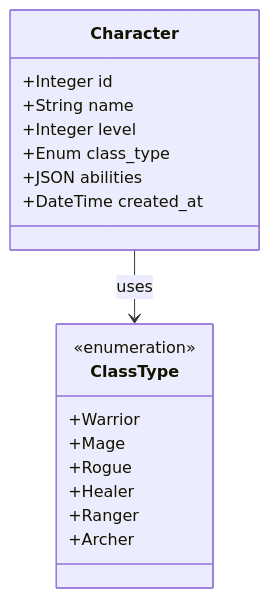
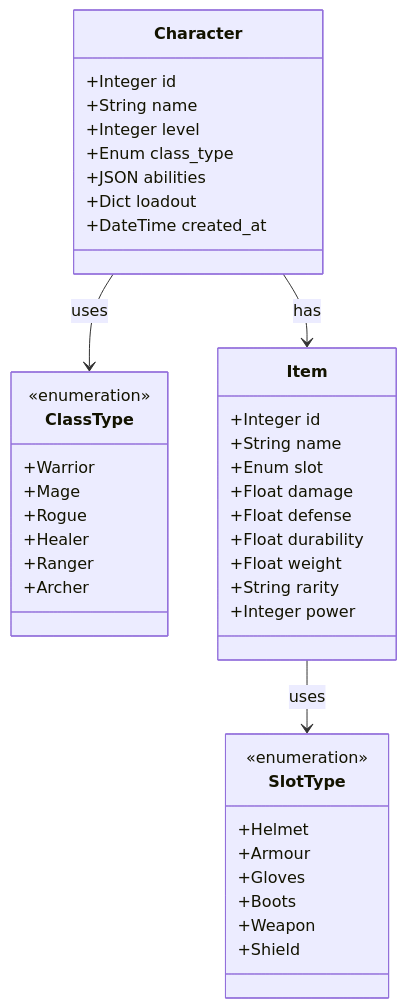
The diagram in README.md (ndemarch/game-catalog-api), drawn with Mermaid before and after one commit.

````diff
--- a/README.md
+++ b/README.md
@@ -81,24 +78,48 @@
 ```mermaid
 classDiagram
     class Character {
         +Integer id
         +String name
         +Integer level
         +Enum class_type
         +JSON abilities
+        +Dict loadout
         +DateTime created_at
     }
 
     class ClassType {
         <<enumeration>>
         +Warrior
         +Mage
         +Rogue
         +Healer
         +Ranger
         +Archer
     }
 
+    class Item {
+        +Integer id
+        +String name
+        +Enum slot
+        +Float damage
+        +Float defense
+        +Float durability
+        +Float weight
+        +String rarity
+        +Integer power
+    }
+
+    class SlotType {
+        <<enumeration>>
+        +Helmet
+        +Armour
+        +Gloves
+        +Boots
+        +Weapon
+        +Shield
+    }
+
     Character --> ClassType : uses
-
+    Item --> SlotType : uses
+    Character --> Item : has
 ```
````
